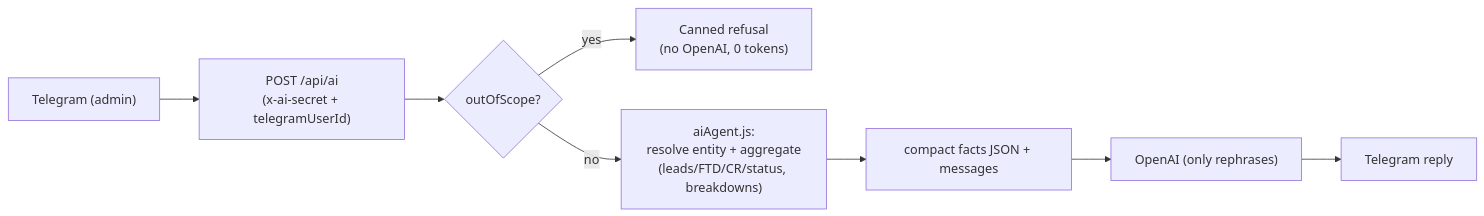
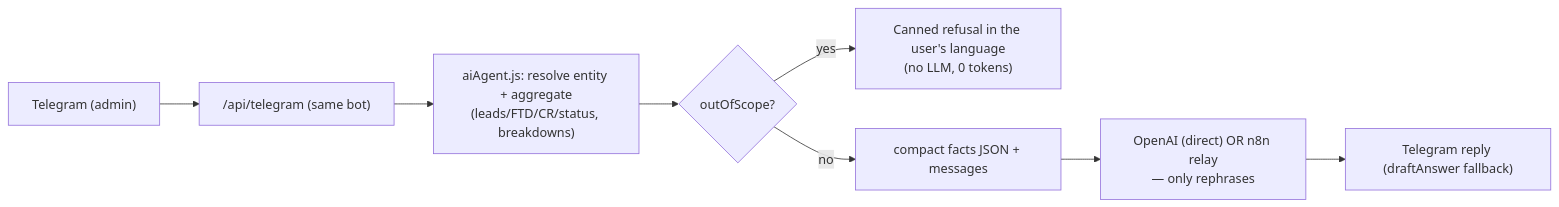
The second of 2 diagrams in n8n/README.md (ammartas3-png/crm-agent-bot), drawn with Mermaid before and after one commit. The commit also changed other lines of this file and 8 other files, not shown here.

First line of the commit message:
feat(ai): run the AI agent inside the same bot with a mode chooser

````diff
--- a/n8n/README.md
+++ b/n8n/README.md
@@ -160,10 +175,10 @@
 ```mermaid
 flowchart LR
-  TG["Telegram (admin)"] --> CTX["POST /api/ai<br/>(x-ai-secret + telegramUserId)"]
-  CTX --> RES{"outOfScope?"}
-  RES -- "yes" --> REF["Canned refusal<br/>(no OpenAI, 0 tokens)"]
-  RES -- "no" --> AGG["aiAgent.js:<br/>resolve entity + aggregate<br/>(leads/FTD/CR/status, breakdowns)"]
-  AGG --> SMALL["compact facts JSON + messages"]
-  SMALL --> OAI["OpenAI (only rephrases)"]
-  OAI --> REPLY["Telegram reply"]
+  TG["Telegram (admin)"] --> BOT["/api/telegram (same bot)"]
+  BOT --> AGG["aiAgent.js: resolve entity + aggregate<br/>(leads/FTD/CR/status, breakdowns)"]
+  AGG --> RES{"outOfScope?"}
+  RES -- "yes" --> REF["Canned refusal in the user's language<br/>(no LLM, 0 tokens)"]
+  RES -- "no" --> SMALL["compact facts JSON + messages"]
+  SMALL --> LLM["OpenAI (direct) OR n8n relay<br/>— only rephrases"]
+  LLM --> REPLY["Telegram reply (draftAnswer fallback)"]
 ```
````
